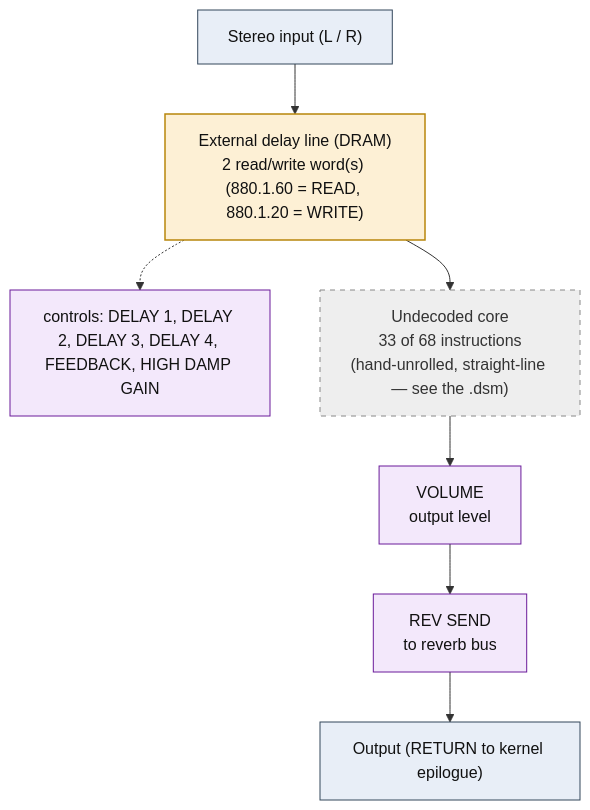
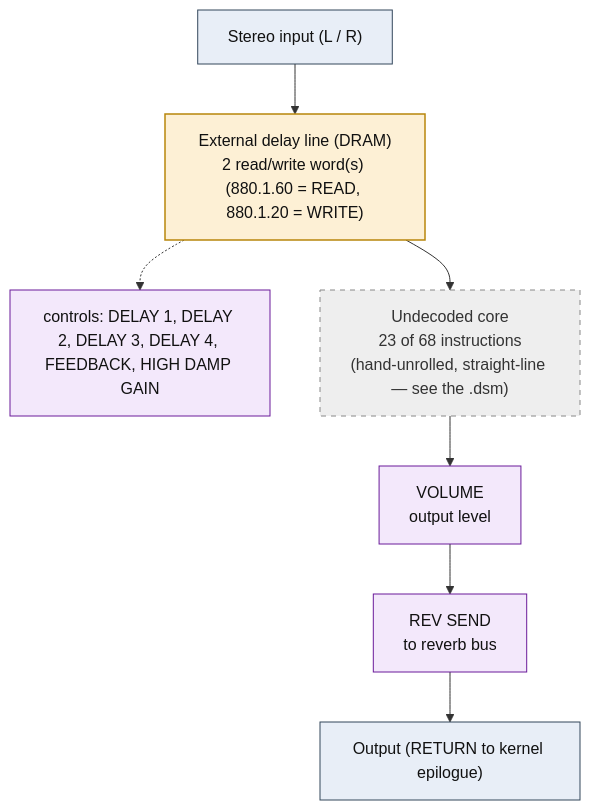
The diagram in dsp/flowcharts/prog10_multi_tap_delay.md (ArqueologiaDigital/kn5000-roms-disasm), drawn with Mermaid before and after one commit. The commit also changed other lines of this file and 78 other files, not shown here.

````diff
--- a/dsp/flowcharts/prog10_multi_tap_delay.md
+++ b/dsp/flowcharts/prog10_multi_tap_delay.md
@@ -12,27 +12,27 @@
 ```mermaid
 flowchart TD
     N0["Stereo input (L / R)"]
     N1["External delay line (DRAM)<br/>2 read/write word(s) (880.1.60 = READ, 880.1.20 = WRITE)"]
     N0 --> N1
     N2["controls: DELAY 1, DELAY 2, DELAY 3, DELAY 4, FEEDBACK, HIGH DAMP GAIN"]
     N1 -.-> N2
-    N3["Undecoded core<br/>33 of 68 instructions<br/>(hand-unrolled, straight-line &mdash; see the .dsm)"]
+    N3["Undecoded core<br/>23 of 68 instructions<br/>(hand-unrolled, straight-line &mdash; see the .dsm)"]
     N1 --> N3
     N4["VOLUME<br/>output level"]
     N3 --> N4
     N5["REV SEND<br/>to reverb bus"]
     N4 --> N5
     N6["Output (RETURN to kernel epilogue)"]
     N5 --> N6
 
     classDef io fill:#e8eef7,stroke:#33475b,stroke-width:1px,color:#111;
     classDef proven fill:#d7f0d7,stroke:#2e7d32,stroke-width:2px,color:#111;
     classDef measured fill:#dbe9fb,stroke:#1565c0,stroke-width:1.5px,color:#111;
     classDef inferred fill:#fdf0d5,stroke:#b8860b,stroke-width:1.5px,color:#111;
     classDef open fill:#eeeeee,stroke:#888,stroke-width:1px,color:#333,stroke-dasharray:5 5;
     classDef ctrl fill:#f3e8fb,stroke:#6a1b9a,stroke-width:1px,color:#111;
     class N0,N6 io;
     class N1 inferred;
     class N2,N4,N5 ctrl;
     class N3 open;
 ```
````
